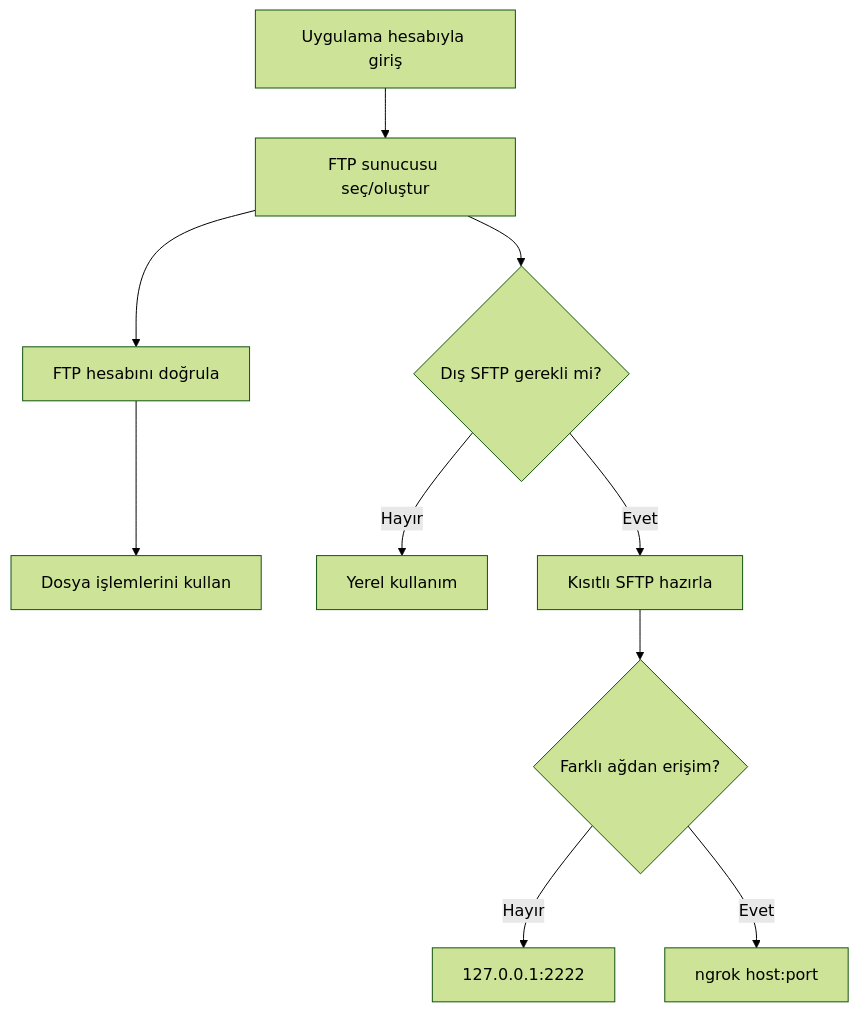
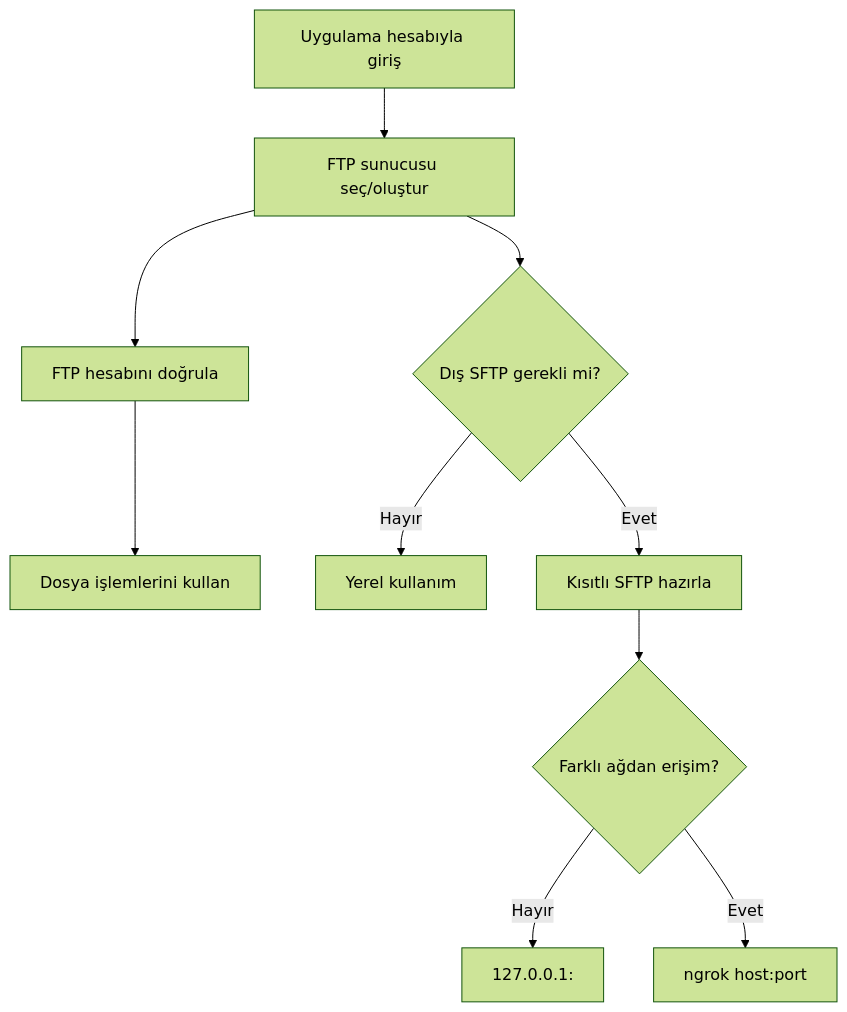
One commit to ottamina/FTP_Dosya_Yonetimi changed the second of 5 diagrams in docs/05_KURULUM_ISLETIM_VE_SORUN_GIDERME.md. Above: the diagram before and after it, drawn with Mermaid (forest theme). The commit also changed other lines of this file and 9 other files, not shown here.

````diff
--- a/docs/05_KURULUM_ISLETIM_VE_SORUN_GIDERME.md
+++ b/docs/05_KURULUM_ISLETIM_VE_SORUN_GIDERME.md
@@ -58,12 +73,12 @@
 ```mermaid
 flowchart TD
     Login["Uygulama hesabıyla giriş"] --> Server["FTP sunucusu seç/oluştur"]
     Server --> FtpLogin["FTP hesabını doğrula"]
     FtpLogin --> Files["Dosya işlemlerini kullan"]
     Server --> Sftp{"Dış SFTP gerekli mi?"}
     Sftp -->|Hayır| Done["Yerel kullanım"]
     Sftp -->|Evet| Prepare["Kısıtlı SFTP hazırla"]
     Prepare --> Ngrok{"Farklı ağdan erişim?"}
-    Ngrok -->|Hayır| Local["127.0.0.1:2222"]
+    Ngrok -->|Hayır| Local["127.0.0.1:<SFTP_PORT>"]
     Ngrok -->|Evet| Public["ngrok host:port"]
 ```
````
